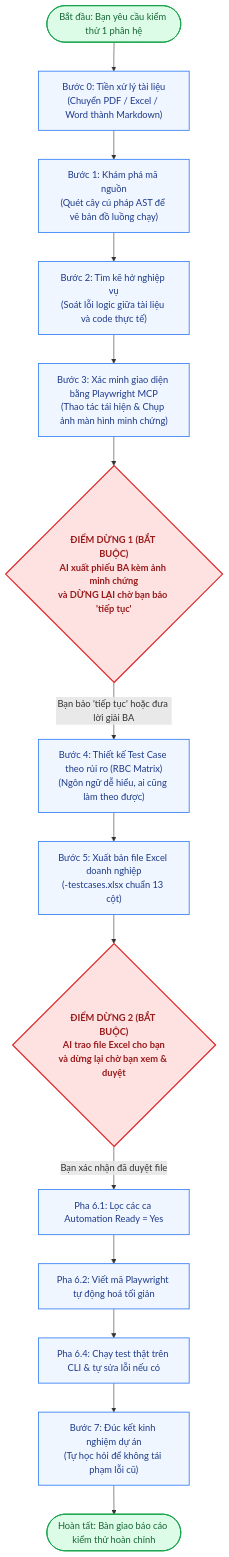
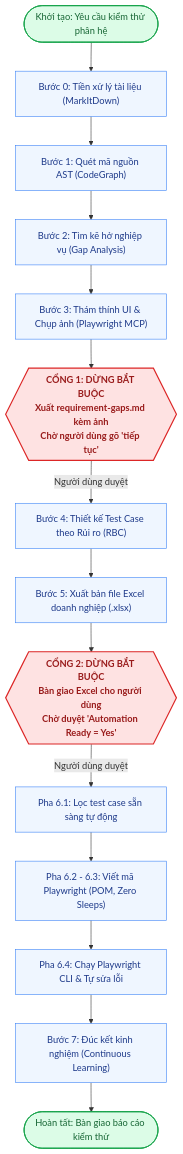
Before and after one commit to Dang-nhut-tan/QA-skill: the diagram in README.md, drawn with Mermaid. The commit also changed other lines of this file and 1 other file, not shown here.

````diff
--- a/README.md
+++ b/README.md
@@ -81,30 +64,27 @@
 ```mermaid
 flowchart TD
-    Start(["Bắt đầu: Bạn yêu cầu kiểm thử 1 phân hệ"]) --> Step0["Bước 0: Tiền xử lý tài liệu\n(Chuyển PDF / Excel / Word thành Markdown)"]
-    Step0 --> Step1["Bước 1: Khám phá mã nguồn\n(Quét cây cú pháp AST để vẽ bản đồ luồng chạy)"]
-    Step1 --> Step2["Bước 2: Tìm kẽ hở nghiệp vụ\n(Soát lỗi logic giữa tài liệu và code thực tế)"]
-    Step2 --> Step3["Bước 3: Xác minh giao diện bằng Playwright MCP\n(Thao tác tái hiện & Chụp ảnh màn hình minh chứng)"]
+    Start(["Khởi tạo: Yêu cầu kiểm thử phân hệ"]) --> S0["Bước 0: Tiền xử lý tài liệu (MarkItDown)"]
+    S0 --> S1["Bước 1: Quét mã nguồn AST (CodeGraph)"]
+    S1 --> S2["Bước 2: Tìm kẽ hở nghiệp vụ (Gap Analysis)"]
+    S2 --> S3["Bước 3: Thám thính UI & Chụp ảnh (Playwright MCP)"]
     
-    Step3 --> Gate1{"ĐIỂM DỪNG 1 (BẮT BUỘC)\nAI xuất phiếu BA kèm ảnh minh chứng\nvà DỪNG LẠI chờ bạn bảo 'tiếp tục'"}
+    S3 --> Gate1{{"CỔNG 1: DỪNG BẮT BUỘC\nXuất requirement-gaps.md kèm ảnh\nChờ người dùng gõ 'tiếp tục'"}}
     
-    Gate1 -- "Bạn bảo 'tiếp tục' hoặc đưa lời giải BA" --> Step4["Bước 4: Thiết kế Test Case theo rủi ro (RBC Matrix)\n(Ngôn ngữ dễ hiểu, ai cũng làm theo được)"]
+    Gate1 -- "Người dùng duyệt" --> S4["Bước 4: Thiết kế Test Case theo Rủi ro (RBC)"]
+    S4 --> S5["Bước 5: Xuất bản file Excel doanh nghiệp (.xlsx)"]
     
-    Step4 --> Step5["Bước 5: Xuất bản file Excel doanh nghiệp\n(<module>-testcases.xlsx chuẩn 13 cột)"]
+    S5 --> Gate2{{"CỔNG 2: DỪNG BẮT BUỘC\nBàn giao Excel cho người dùng\nChờ duyệt 'Automation Ready = Yes'"}}
     
-    Step5 --> Gate2{"ĐIỂM DỪNG 2 (BẮT BUỘC)\nAI trao file Excel cho bạn\nvà dừng lại chờ bạn xem & duyệt"}
-    
-    Gate2 -- "Bạn xác nhận đã duyệt file" --> Step61["Pha 6.1: Lọc các ca Automation Ready = Yes"]
-    Step61 --> Step62["Pha 6.2: Viết mã Playwright tự động hoá tối giản"]
-    Step62 --> Step64["Pha 6.4: Chạy test thật trên CLI & tự sửa lỗi nếu có"]
-    
-    Step64 --> Step7["Bước 7: Đúc kết kinh nghiệm dự án\n(Tự học hỏi để không tái phạm lỗi cũ)"]
-    Step7 --> EndNode(["Hoàn tất: Bàn giao báo cáo kiểm thử hoàn chỉnh"])
+    Gate2 -- "Người dùng duyệt" --> S61["Pha 6.1: Lọc test case sẵn sàng tự động"]
+    S61 --> S62["Pha 6.2 - 6.3: Viết mã Playwright (POM, Zero Sleeps)"]
+    S62 --> S64["Pha 6.4: Chạy Playwright CLI & Tự sửa lỗi"]
+    S64 --> S7["Bước 7: Đúc kết kinh nghiệm (Continuous Learning)"]
+    S7 --> EndNode(["Hoàn tất: Bàn giao báo cáo kiểm thử"])
 
-    classDef humanStop fill:#FEE2E2,stroke:#DC2626,stroke-width:2px,color:#991B1B,font-weight:bold;
-    classDef aiStep fill:#EFF6FF,stroke:#3B82F6,stroke-width:1.5px,color:#1E3A8A;
-    classDef successNode fill:#DCFCE7,stroke:#16A34A,stroke-width:1.5px,color:#166534;
-
-    class Gate1,Gate2 humanStop;
-    class Step0,Step1,Step2,Step3,Step4,Step5,Step61,Step62,Step64,Step7 aiStep;
-    class Start,EndNode successNode;
+    classDef stop fill:#FEE2E2,stroke:#DC2626,stroke-width:2px,color:#991B1B,font-weight:bold;
+    classDef step fill:#EFF6FF,stroke:#3B82F6,stroke-width:1px,color:#1E3A8A;
+    classDef done fill:#DCFCE7,stroke:#16A34A,stroke-width:1.5px,color:#166534;
+    class Gate1,Gate2 stop;
+    class S0,S1,S2,S3,S4,S5,S61,S62,S64,S7 step;
+    class Start,EndNode done;
 ```
````
